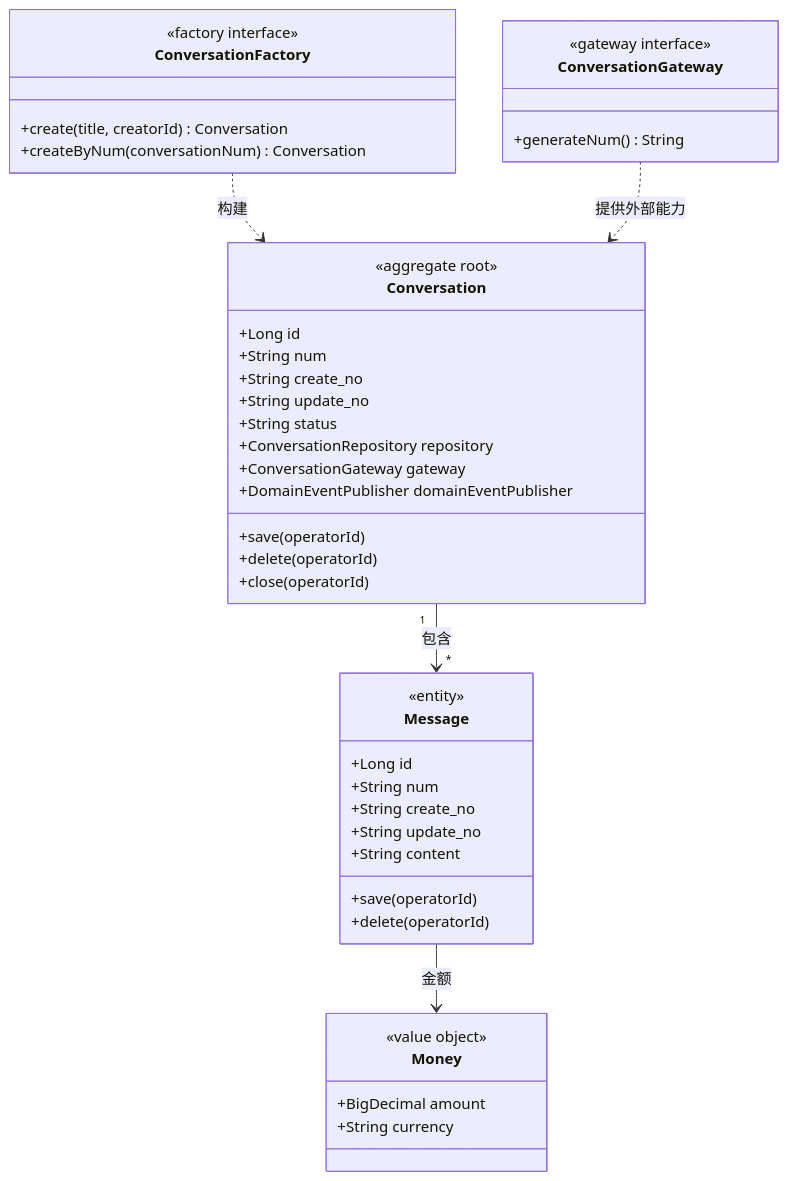
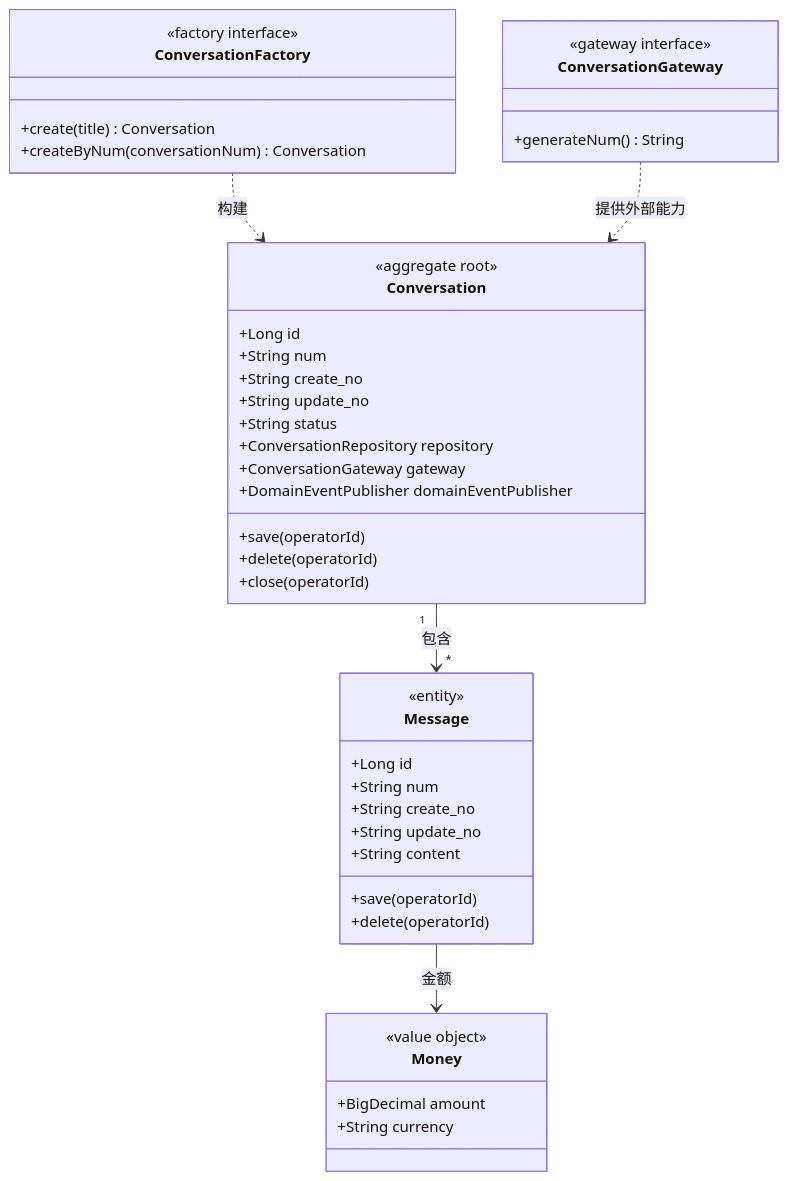
One commit to garry-wjl/garry-skills changed the diagram in skills/design-technical-solution/references/domain-model-design.md. Above: the diagram before and after it, drawn with Mermaid. The commit also changed other lines of this file and 18 other files, not shown here.

````diff
--- a/skills/design-technical-solution/references/domain-model-design.md
+++ b/skills/design-technical-solution/references/domain-model-design.md
@@ -64,45 +64,45 @@
 ```mermaid
 classDiagram
     class ConversationFactory {
         <<factory interface>>
-        +create(title, creatorId) Conversation
+        +create(title) Conversation
         +createByNum(conversationNum) Conversation
     }
     class ConversationGateway {
         <<gateway interface>>
         +generateNum() String
     }
     class Conversation {
         <<aggregate root>>
         +Long id
         +String num
         +String create_no
         +String update_no
         +String status
         +ConversationRepository repository
         +ConversationGateway gateway
         +DomainEventPublisher domainEventPublisher
         +save(operatorId)
         +delete(operatorId)
         +close(operatorId)
     }
     class Message {
         <<entity>>
         +Long id
         +String num
         +String create_no
         +String update_no
         +String content
         +save(operatorId)
         +delete(operatorId)
     }
     class Money {
         <<value object>>
         +BigDecimal amount
         +String currency
     }
     ConversationFactory ..> Conversation : 构建
     ConversationGateway ..> Conversation : 提供外部能力
     Conversation "1" --> "*" Message : 包含
     Message --> Money : 金额
 ```
````
